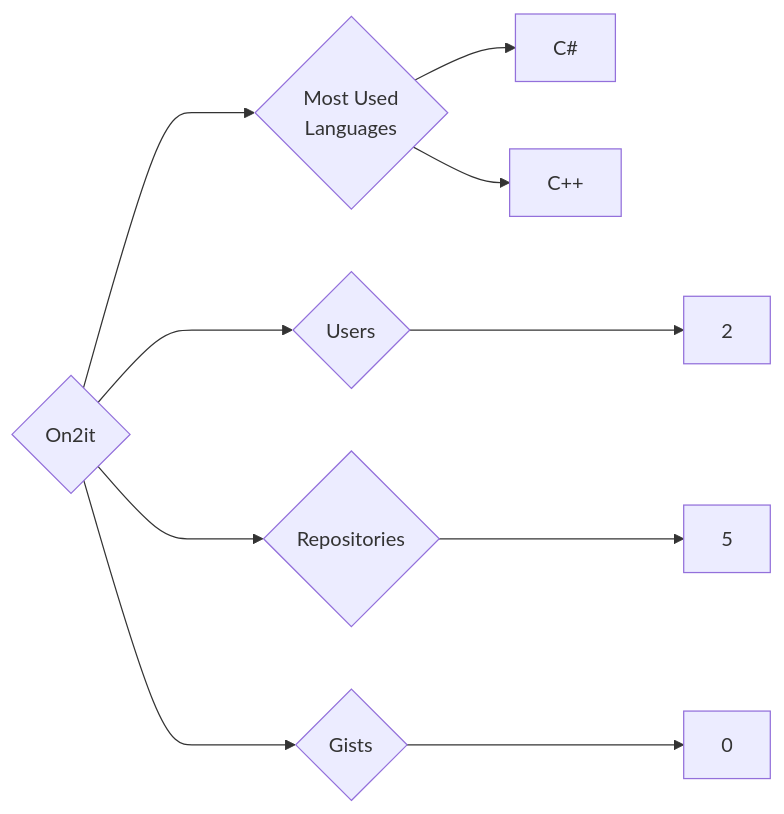
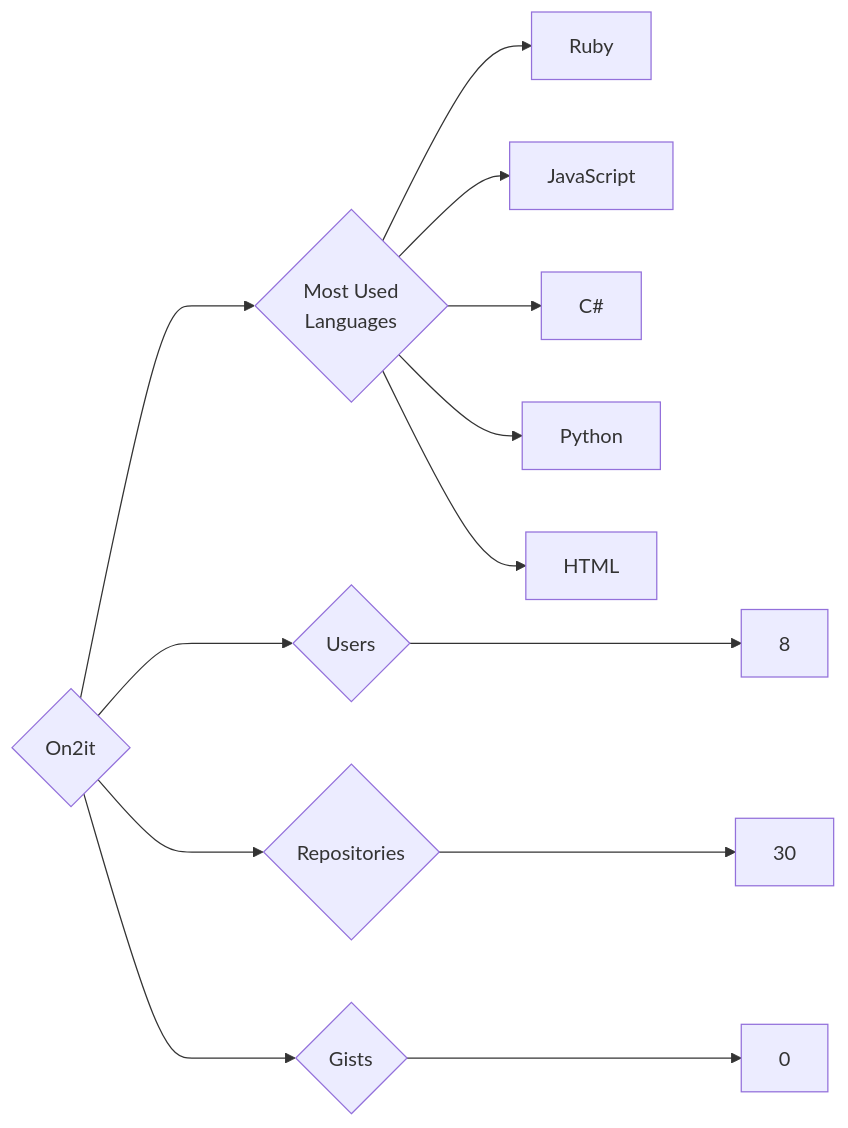
One commit to trickest/insiders changed the diagram in targets/On2it/README.md. Above: the diagram before and after it, drawn with Mermaid. The commit also changed 997 other files, not shown here.

````diff
--- a/targets/On2it/README.md
+++ b/targets/On2it/README.md
@@ -3,10 +3,13 @@
 ```mermaid
 graph LR
 COMPANY_NAME{On2it}
-COMPANY_NAME ---> U{Users} ---> UN[2]
-COMPANY_NAME ---> R{Repositories} ---> RN[5]
+COMPANY_NAME ---> U{Users} ---> UN[8]
+COMPANY_NAME ---> R{Repositories} ---> RN[30]
 COMPANY_NAME ---> G{Gists} ---> GN[0]
 COMPANY_NAME ---> ML{Most Used<br>Languages}
-ML --> C#
-ML --> C++
+ML --> Ruby[Ruby]
+ML --> JavaScript[JavaScript]
+ML --> C#[C#]
+ML --> Python[Python]
+ML --> HTML[HTML]
 ```
````
